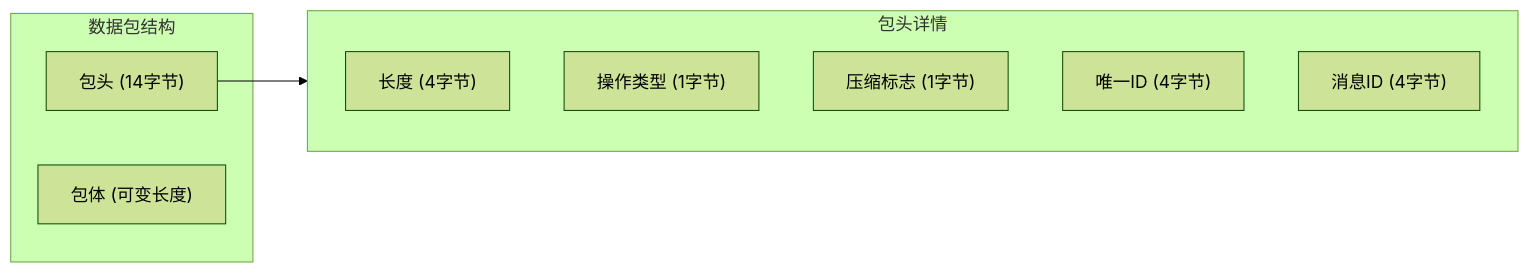
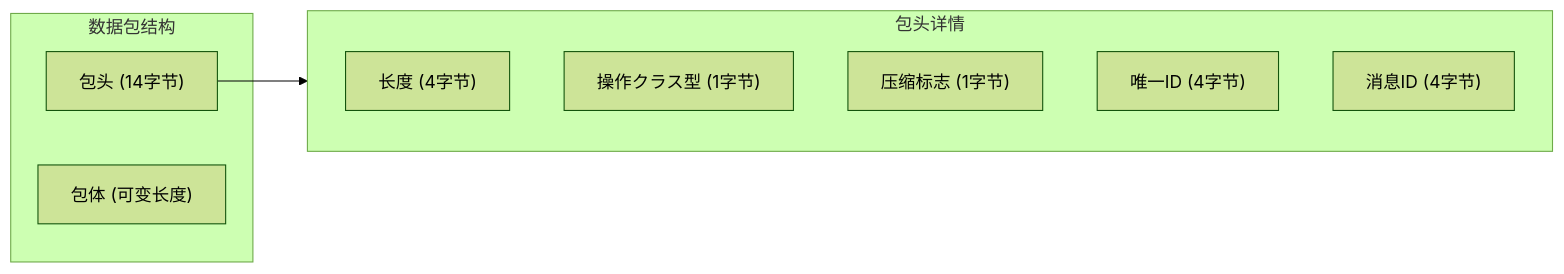
Before and after one commit to AlianBlank/GameFrameX.Docs: the third of 3 diagrams in docs/ja/client/unity/component/network/03.getting-started.md, drawn with Mermaid (forest theme). The commit also changed other lines of this file and 603 other files, not shown here.

````diff
--- a/docs/ja/client/unity/component/network/03.getting-started.md
+++ b/docs/ja/client/unity/component/network/03.getting-started.md
@@ -525,17 +525,17 @@
 ```mermaid
 flowchart LR
     subgraph Packet["数据包结构"]
         Header["包头 (14字节)"]
         Body["包体 (可变长度)"]
     end
 
     subgraph HeaderDetails["包头详情"]
         H1["长度 (4字节)"]
-        H2["操作类型 (1字节)"]
+        H2["操作クラス型 (1字节)"]
         H3["压缩标志 (1字节)"]
         H4["唯一ID (4字节)"]
         H5["消息ID (4字节)"]
     end
 
     Header --> HeaderDetails
 ```
````
